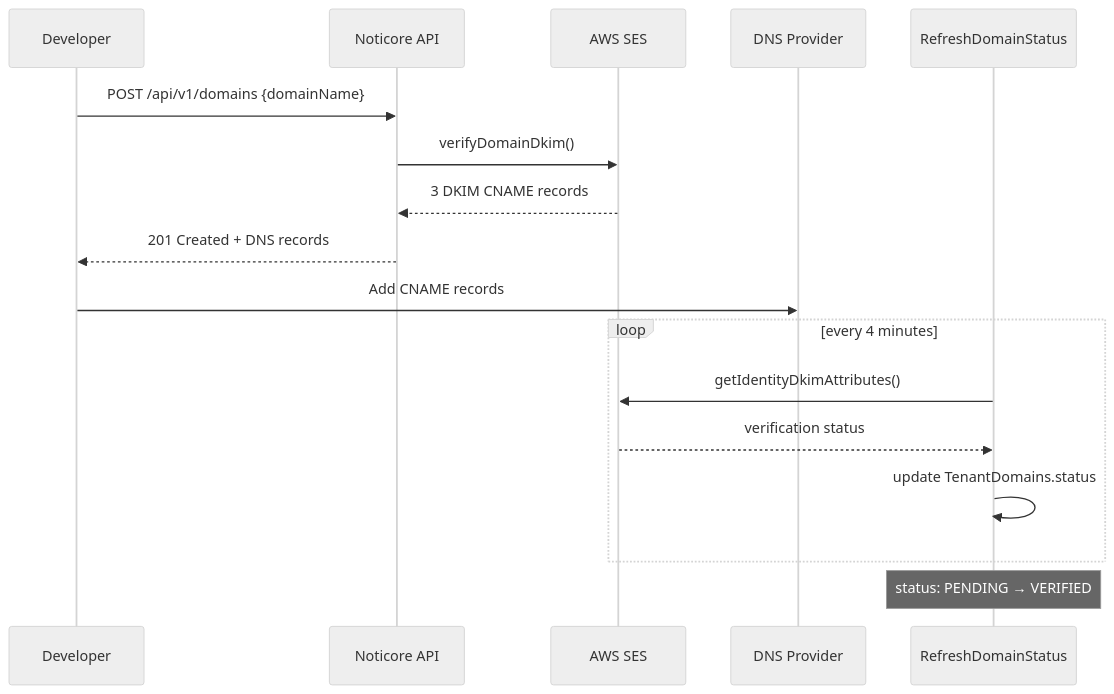
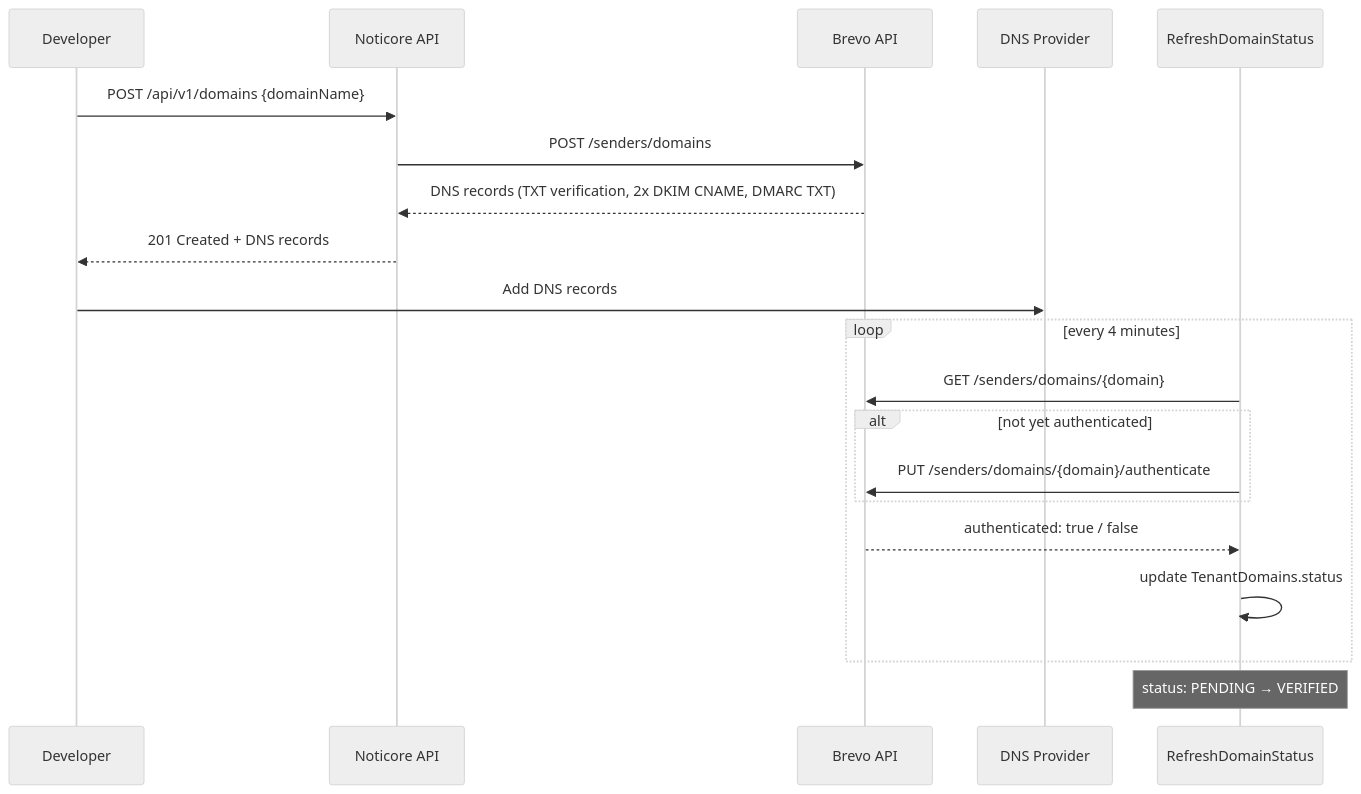
One commit to Kiranvora17/noticore-api changed the second of 9 diagrams in README.md. Above: the diagram before and after it, drawn with Mermaid (neutral theme). The commit also changed other lines of this file, not shown here.

First line of the commit message:
Update README to reflect Brevo migration and new pre-release features

````diff
--- a/README.md
+++ b/README.md
@@ -135,20 +142,23 @@
 ```mermaid
 sequenceDiagram
     participant Dev as Developer
     participant API as Noticore API
-    participant SES as AWS SES
+    participant Brevo as Brevo API
     participant DNS as DNS Provider
     participant Sched as RefreshDomainStatus
 
     Dev->>API: POST /api/v1/domains {domainName}
-    API->>SES: verifyDomainDkim()
-    SES-->>API: 3 DKIM CNAME records
+    API->>Brevo: POST /senders/domains
+    Brevo-->>API: DNS records (TXT verification, 2x DKIM CNAME, DMARC TXT)
     API-->>Dev: 201 Created + DNS records
-    Dev->>DNS: Add CNAME records
+    Dev->>DNS: Add DNS records
     loop every 4 minutes
-        Sched->>SES: getIdentityDkimAttributes()
-        SES-->>Sched: verification status
+        Sched->>Brevo: GET /senders/domains/{domain}
+        alt not yet authenticated
+            Sched->>Brevo: PUT /senders/domains/{domain}/authenticate
+        end
+        Brevo-->>Sched: authenticated: true / false
         Sched->>Sched: update TenantDomains.status
     end
     Note over Sched: status: PENDING → VERIFIED
 ```
````
